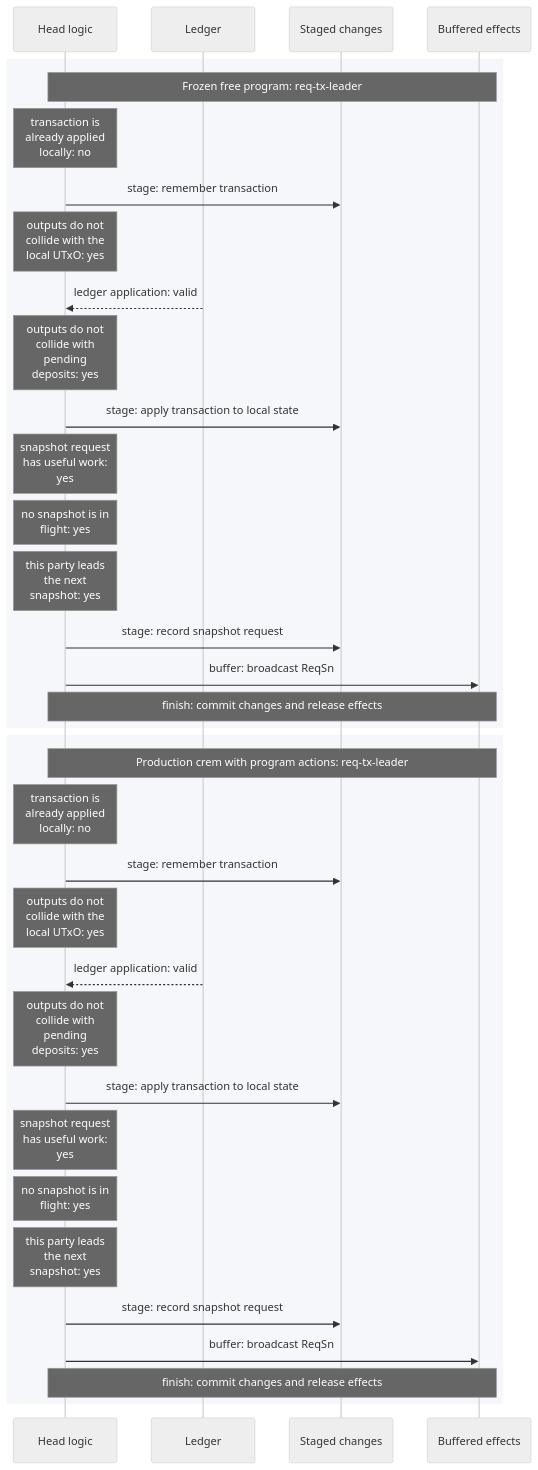
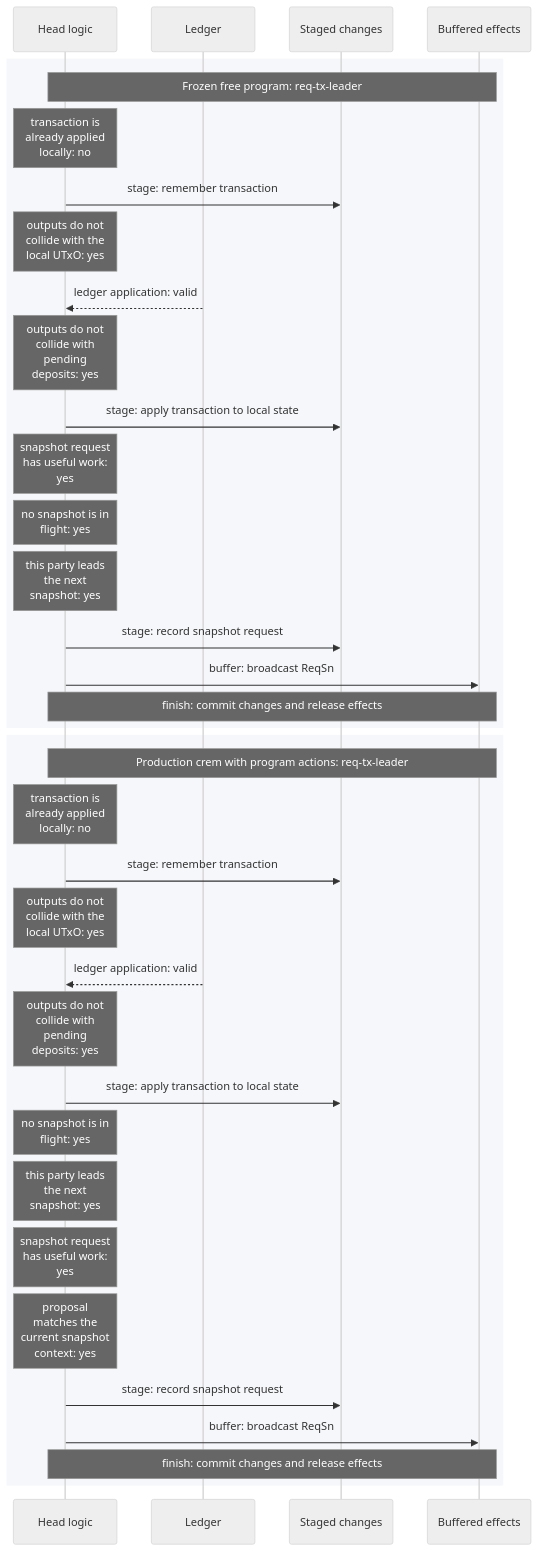
Before and after one commit to cardano-scaling/hydra: the diagram in docs/docs/dev/architecture/head-logic-experiments/workflows/req-tx-leader.mmd, drawn with Mermaid (neutral theme). The commit also changed 54 other files, not shown here.

Commit message:
Check snapshot capacity before requesting a round and prune blocked work

```diff
--- a/docs/docs/dev/architecture/head-logic-experiments/workflows/req-tx-leader.mmd
+++ b/docs/docs/dev/architecture/head-logic-experiments/workflows/req-tx-leader.mmd
@@ -1,36 +1,37 @@
 %%{init: {"sequence": {"wrap": true}}}%%
 sequenceDiagram
   participant logic as Head logic
   participant ledger as Ledger
   participant changes as Staged changes
   participant effects as Buffered effects
   rect rgb(245, 247, 250)
     Note over logic,effects: Frozen free program: req-tx-leader
     Note over logic: transaction is already applied locally: no
     logic->>changes: stage: remember transaction
     Note over logic: outputs do not collide with the local UTxO: yes
     ledger-->>logic: ledger application: valid
     Note over logic: outputs do not collide with pending deposits: yes
     logic->>changes: stage: apply transaction to local state
     Note over logic: snapshot request has useful work: yes
     Note over logic: no snapshot is in flight: yes
     Note over logic: this party leads the next snapshot: yes
     logic->>changes: stage: record snapshot request
     logic->>effects: buffer: broadcast ReqSn
     Note over logic,effects: finish: commit changes and release effects
   end
   rect rgb(245, 247, 250)
     Note over logic,effects: Production crem with program actions: req-tx-leader
     Note over logic: transaction is already applied locally: no
     logic->>changes: stage: remember transaction
     Note over logic: outputs do not collide with the local UTxO: yes
     ledger-->>logic: ledger application: valid
     Note over logic: outputs do not collide with pending deposits: yes
     logic->>changes: stage: apply transaction to local state
-    Note over logic: snapshot request has useful work: yes
     Note over logic: no snapshot is in flight: yes
     Note over logic: this party leads the next snapshot: yes
+    Note over logic: snapshot request has useful work: yes
+    Note over logic: proposal matches the current snapshot context: yes
     logic->>changes: stage: record snapshot request
     logic->>effects: buffer: broadcast ReqSn
     Note over logic,effects: finish: commit changes and release effects
   end
```
